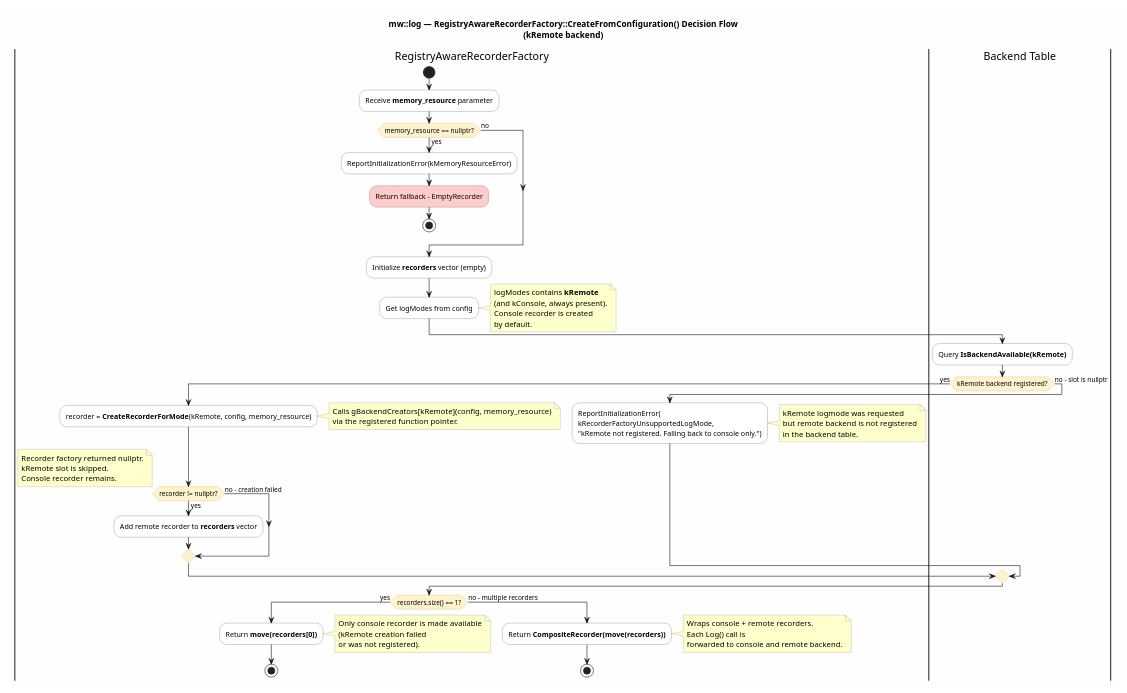
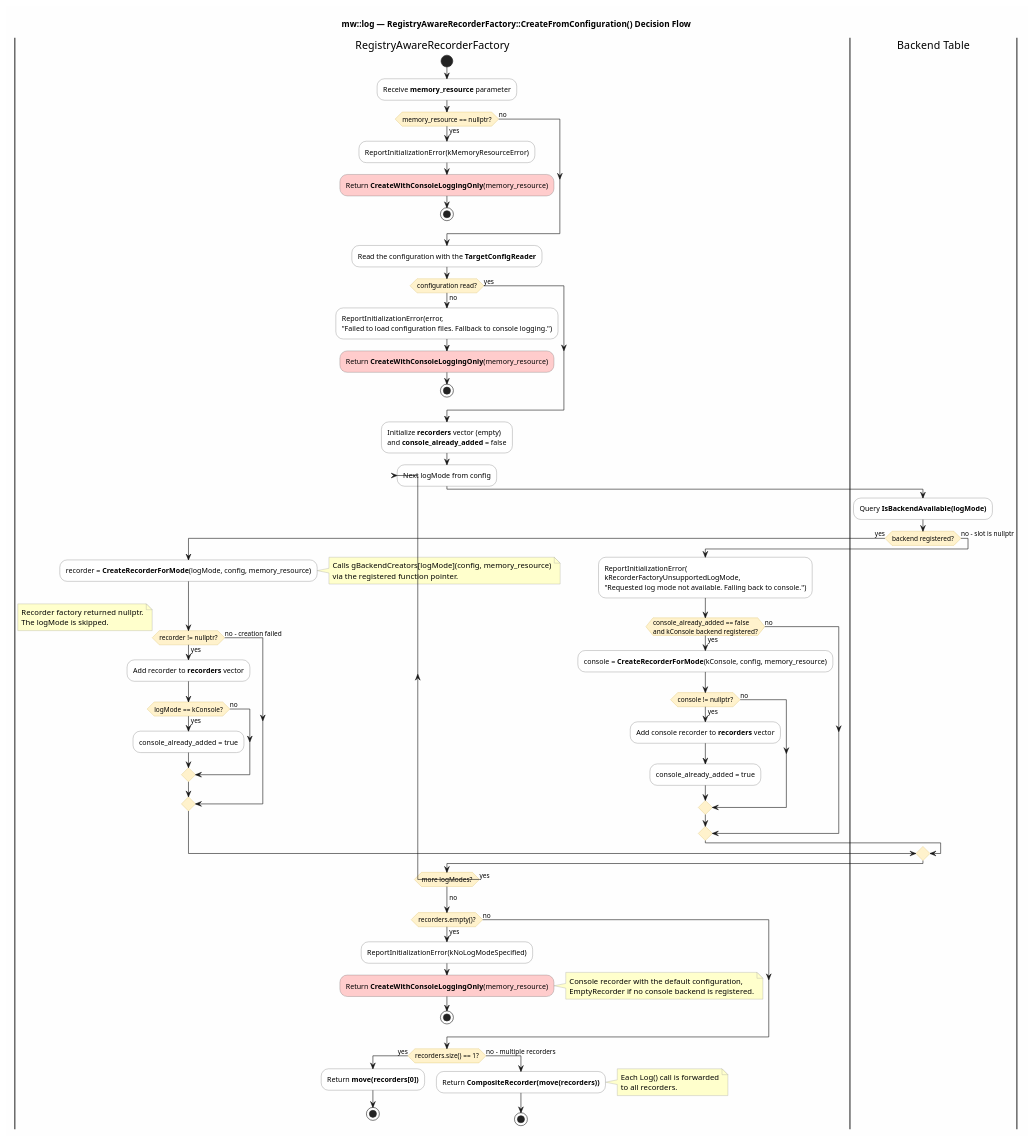
One commit to eclipse-score/baselibs changed the diagram in score/mw/log/docs/detailed_design/_assets/rarf_activity_diagram.puml. Above: the diagram before and after it, drawn with PlantUML. The commit also changed 2 other files, not shown here.

Commit message:
docs(mw/log): align the recorder creation sequences with the code
- Show the creation of the recorders by RegistryAwareRecorderFactory with
  the console fallback, the empty case and the CompositeRecorder.

```diff
--- a/score/mw/log/docs/detailed_design/_assets/rarf_activity_diagram.puml
+++ b/score/mw/log/docs/detailed_design/_assets/rarf_activity_diagram.puml
@@ -1,87 +1,109 @@
 @startuml activity_diagram
 
 skinparam backgroundColor #FEFEFE
 skinparam activityBackgroundColor #FFFFFF
 skinparam activityBorderColor #666666
 skinparam activityDiamondBackgroundColor #FFF2CC
 skinparam activityDiamondBorderColor #D6B656
 skinparam noteBackgroundColor #FFFFCC
 skinparam noteBorderColor #999999
 
-title mw::log — RegistryAwareRecorderFactory::CreateFromConfiguration() Decision Flow\n(kRemote backend)
+title mw::log — RegistryAwareRecorderFactory::CreateFromConfiguration() Decision Flow
 
 |RegistryAwareRecorderFactory|
 start
 
 :Receive **memory_resource** parameter;
 
 if (memory_resource == nullptr?) then (yes)
     :ReportInitializationError(kMemoryResourceError);
-    #FFCCCC:Return fallback - EmptyRecorder;
+    #FFCCCC:Return **CreateWithConsoleLoggingOnly**(memory_resource);
     stop
 else (no)
 endif
 
-:Initialize **recorders** vector (empty);
-:Get logModes from config;
-note right
-    logModes contains **kRemote**
-    (and kConsole, always present).
-    Console recorder is created
-    by default.
-end note
+:Read the configuration with the **TargetConfigReader**;
 
-|Backend Table|
-:Query **IsBackendAvailable(kRemote)**;
+if (configuration read?) then (no)
+    :ReportInitializationError(error,
+    "Failed to load configuration files. Fallback to console logging.");
+    #FFCCCC:Return **CreateWithConsoleLoggingOnly**(memory_resource);
+    stop
+else (yes)
+endif
 
-if (kRemote backend registered?) then (yes)
-    |RegistryAwareRecorderFactory|
-    :recorder = **CreateRecorderForMode**(kRemote, config, memory_resource);
-    note right
-        Calls gBackendCreators[kRemote](config, memory_resource)
-        via the registered function pointer.
-    end note
+:Initialize **recorders** vector (empty)
+and **console_already_added** = false;
 
-    if (recorder != nullptr?) then (yes)
-        :Add remote recorder to **recorders** vector;
-    else (no - creation failed)
+repeat :Next logMode from config;
+
+    |Backend Table|
+    :Query **IsBackendAvailable(logMode)**;
+
+    if (backend registered?) then (yes)
+        |RegistryAwareRecorderFactory|
+        :recorder = **CreateRecorderForMode**(logMode, config, memory_resource);
         note right
-            Recorder factory returned nullptr.
-            kRemote slot is skipped.
-            Console recorder remains.
+            Calls gBackendCreators[logMode](config, memory_resource)
+            via the registered function pointer.
         end note
+
+        if (recorder != nullptr?) then (yes)
+            :Add recorder to **recorders** vector;
+            if (logMode == kConsole?) then (yes)
+                :console_already_added = true;
+            else (no)
+            endif
+        else (no - creation failed)
+            note right
+                Recorder factory returned nullptr.
+                The logMode is skipped.
+            end note
+        endif
+
+    else (no - slot is nullptr)
+        |RegistryAwareRecorderFactory|
+        :ReportInitializationError(
+        kRecorderFactoryUnsupportedLogMode,
+        "Requested log mode not available. Falling back to console.");
+
+        if (console_already_added == false\nand kConsole backend registered?) then (yes)
+            :console = **CreateRecorderForMode**(kConsole, config, memory_resource);
+            if (console != nullptr?) then (yes)
+                :Add console recorder to **recorders** vector;
+                :console_already_added = true;
+            else (no)
+            endif
+        else (no)
+        endif
     endif
 
-else (no - slot is nullptr)
-    |RegistryAwareRecorderFactory|
-    :ReportInitializationError(
-    kRecorderFactoryUnsupportedLogMode,
-    "kRemote not registered. Falling back to console only.");
-    note right
-        kRemote logmode was requested
-        but remote backend is not registered
-        in the backend table.
-    end note
-endif
+repeat while (more logModes?) is (yes)
+-> no;
 
 |RegistryAwareRecorderFactory|
 
+if (recorders.empty()?) then (yes)
+    :ReportInitializationError(kNoLogModeSpecified);
+    #FFCCCC:Return **CreateWithConsoleLoggingOnly**(memory_resource);
+    note right
+        Console recorder with the default configuration,
+        EmptyRecorder if no console backend is registered.
+    end note
+    stop
+else (no)
+endif
+
 if (recorders.size() == 1?) then (yes)
     :Return **move(recorders[0])**;
-    note right
-        Only console recorder is made available
-        (kRemote creation failed
-        or was not registered).
-    end note
     stop
 else (no - multiple recorders)
     :Return **CompositeRecorder(move(recorders))**;
     note right
-        Wraps console + remote recorders.
-        Each Log() call is
-        forwarded to console and remote backend.
+        Each Log() call is forwarded
+        to all recorders.
     end note
     stop
 endif
 
 @enduml
```
